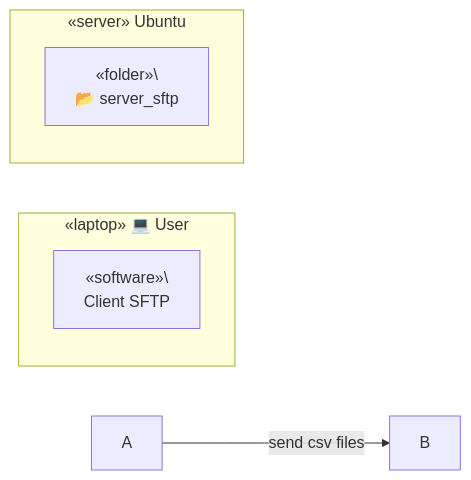
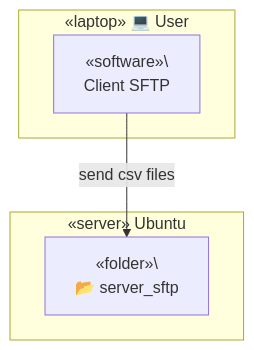
Before and after one commit to TrulyDigital/DATA_STREET: the second of 4 diagrams in server_sftp/README.md, drawn with Mermaid.

Commit message:
update: server_sftp README.md

````diff
--- a/server_sftp/README.md
+++ b/server_sftp/README.md
@@ -14,13 +14,13 @@
 ```mermaid
-graph LR
+graph TD
     
     subgraph Container_A [«laptop» 💻 User]
         A1[«software»\<br> Client SFTP]
     end
 
     subgraph Container_B [«server» Ubuntu]
         B1[«folder»\<br/> 📂 server_sftp]
     end
     
-    A -- send csv files --> B
+    A1 -- send csv files --> B1
 ```
````
